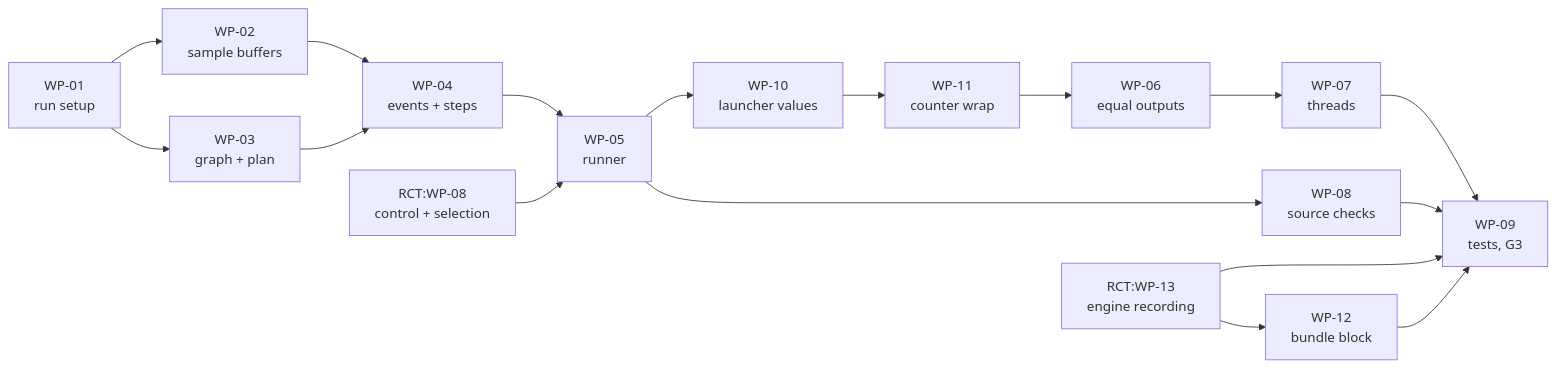
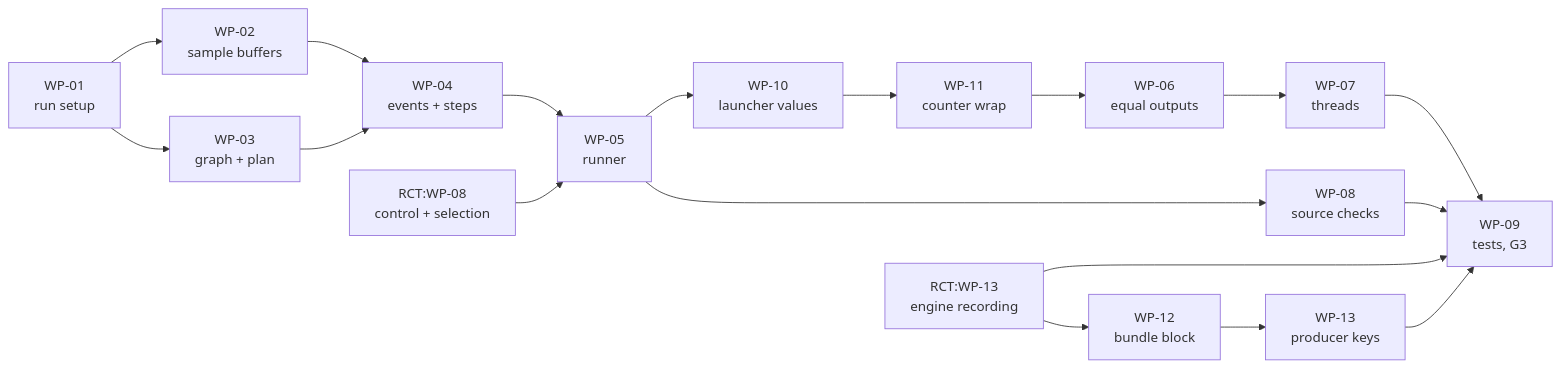
The diagram in docs/VANTAGE_Implementation_Design.md (Pavan-karimajji/vantage), drawn with Mermaid before and after one commit. The commit also changed other lines of this file and 28 other files, not shown here.

First line of the commit message:
feat(vantage): producer keys and the first divergence in the engine-run manifest; refSync bound at the next control whatever the buffer depth; both runs' overridden inputs recorded; a timed-out call's state shared with its task (WP-13, IMP-0063..0070, D29)

````diff
--- a/docs/VANTAGE_Implementation_Design.md
+++ b/docs/VANTAGE_Implementation_Design.md
@@ -72,19 +73,20 @@
 ```mermaid
 flowchart LR
     WP01["WP-01<br/>run setup"] --> WP02["WP-02<br/>sample buffers"]
     WP01 --> WP03["WP-03<br/>graph + plan"]
     WP02 --> WP04["WP-04<br/>events + steps"]
     WP03 --> WP04
     WP04 --> WP05["WP-05<br/>runner"]
     RCT8["RCT:WP-08<br/>control + selection"] --> WP05
     WP05 --> WP10["WP-10<br/>launcher values"]
     WP10 --> WP11["WP-11<br/>counter wrap"]
     WP11 --> WP06["WP-06<br/>equal outputs"]
     WP06 --> WP07["WP-07<br/>threads"]
     WP05 --> WP08["WP-08<br/>source checks"]
     WP07 --> WP09["WP-09<br/>tests, G3"]
     WP08 --> WP09
     RCT13["RCT:WP-13<br/>engine recording"] --> WP09
     RCT13 --> WP12["WP-12<br/>bundle block"]
-    WP12 --> WP09
+    WP12 --> WP13["WP-13<br/>producer keys"]
+    WP13 --> WP09
 ```
````
